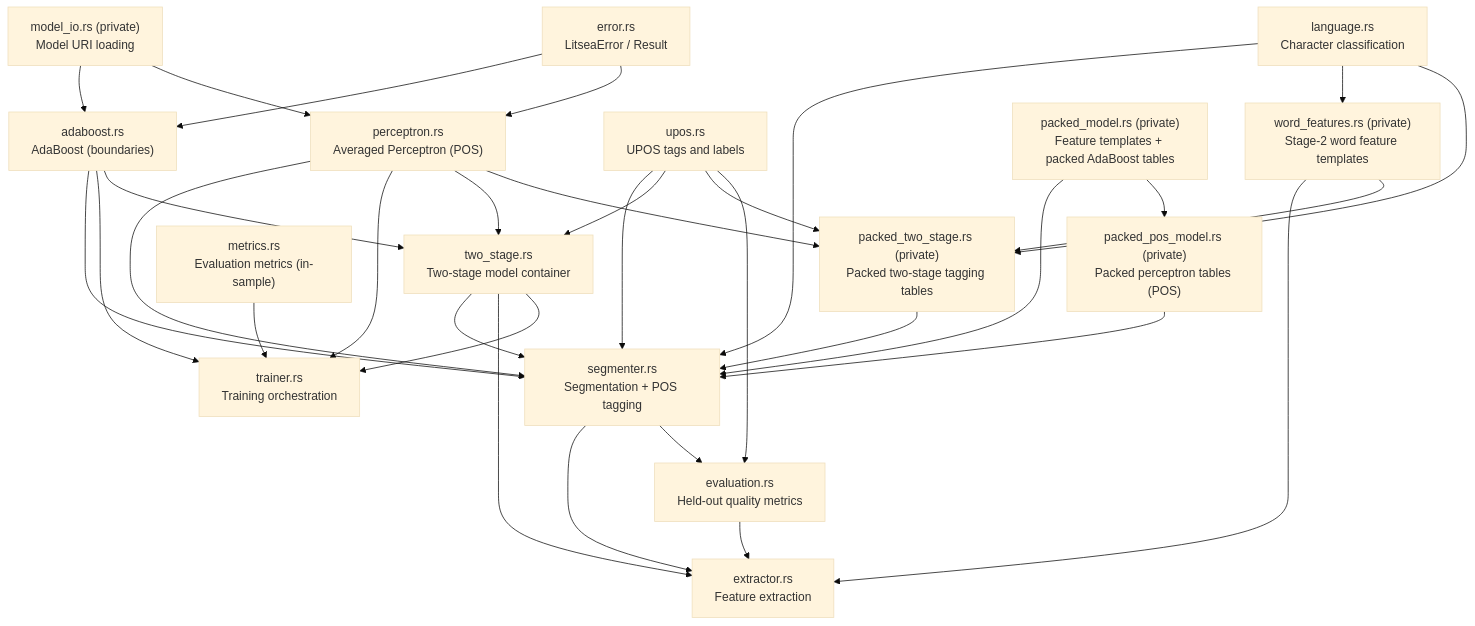
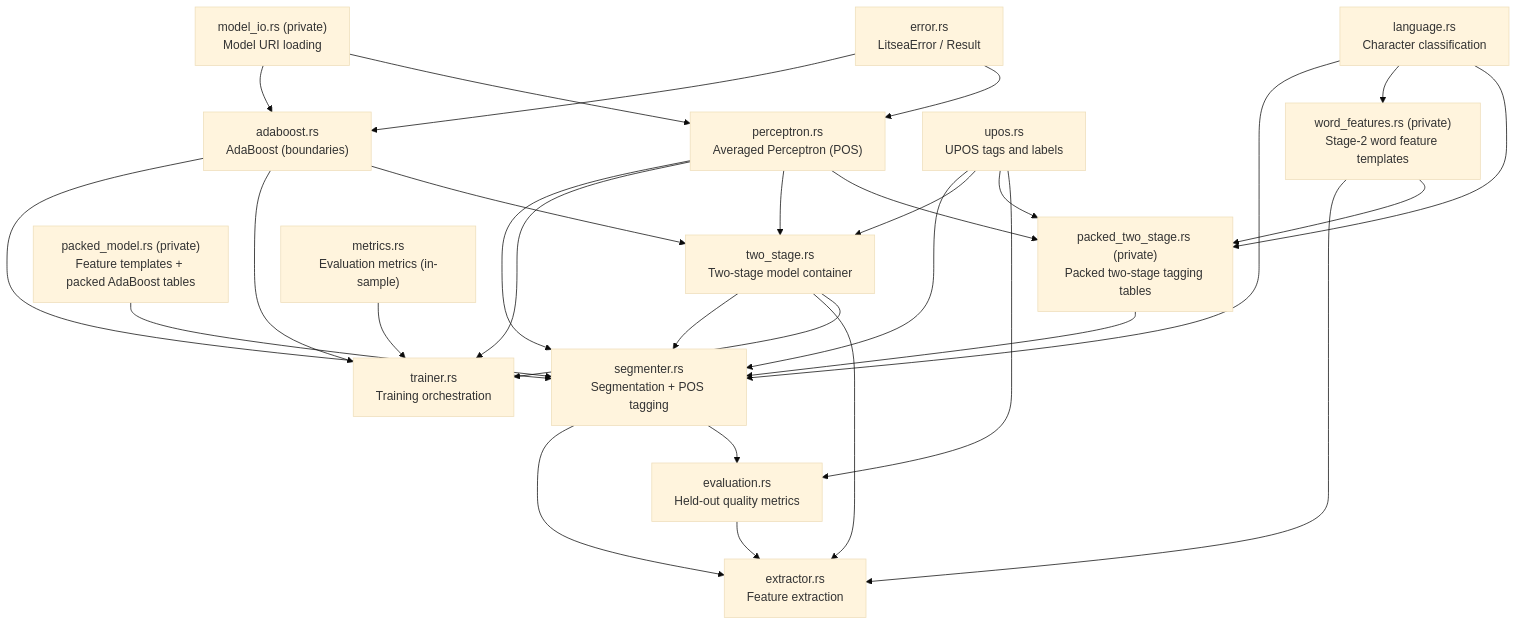
The diagram in docs/src/architecture/module-design.md (mosuka/litsea), drawn with Mermaid (base theme) before and after one commit. The commit also changed other lines of this file and 87 other files, not shown here.

````diff
--- a/docs/src/architecture/module-design.md
+++ b/docs/src/architecture/module-design.md
@@ -7,51 +7,48 @@
 ```mermaid
 graph TD
     language["language.rs<br/>Character classification"]
     segmenter["segmenter.rs<br/>Segmentation + POS tagging"]
     adaboost["adaboost.rs<br/>AdaBoost (boundaries)"]
     perceptron["perceptron.rs<br/>Averaged Perceptron (POS)"]
     upos["upos.rs<br/>UPOS tags and labels"]
     extractor["extractor.rs<br/>Feature extraction"]
     trainer["trainer.rs<br/>Training orchestration"]
     two_stage["two_stage.rs<br/>Two-stage model container"]
     word_features["word_features.rs (private)<br/>Stage-2 word feature templates"]
     packed_model["packed_model.rs (private)<br/>Feature templates + packed AdaBoost tables"]
-    packed_pos_model["packed_pos_model.rs (private)<br/>Packed perceptron tables (POS)"]
     packed_two_stage["packed_two_stage.rs (private)<br/>Packed two-stage tagging tables"]
     model_io["model_io.rs (private)<br/>Model URI loading"]
     error["error.rs<br/>LitseaError / Result"]
     metrics["metrics.rs<br/>Evaluation metrics (in-sample)"]
     evaluation["evaluation.rs<br/>Held-out quality metrics"]
 
     language --> segmenter
     upos --> segmenter
     adaboost --> segmenter
     perceptron --> segmenter
     packed_model --> segmenter
-    packed_pos_model --> segmenter
     packed_two_stage --> segmenter
     two_stage --> segmenter
-    packed_model --> packed_pos_model
     segmenter --> extractor
     two_stage --> extractor
     word_features --> extractor
     evaluation --> extractor
     adaboost --> trainer
     perceptron --> trainer
     two_stage --> trainer
     adaboost --> two_stage
     perceptron --> two_stage
     upos --> two_stage
     language --> word_features
     word_features --> packed_two_stage
     language --> packed_two_stage
     perceptron --> packed_two_stage
     upos --> packed_two_stage
     model_io --> adaboost
     model_io --> perceptron
     error --> adaboost
     error --> perceptron
     metrics --> trainer
     segmenter --> evaluation
     upos --> evaluation
 ```
````
